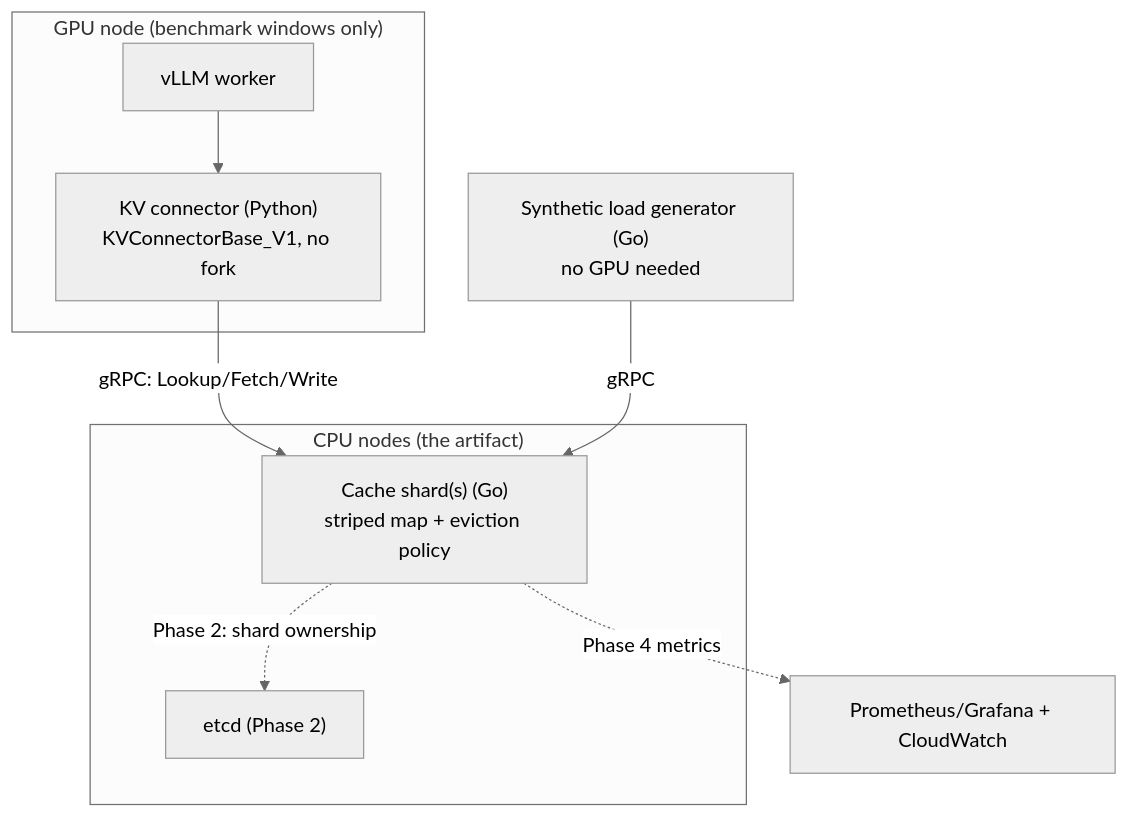
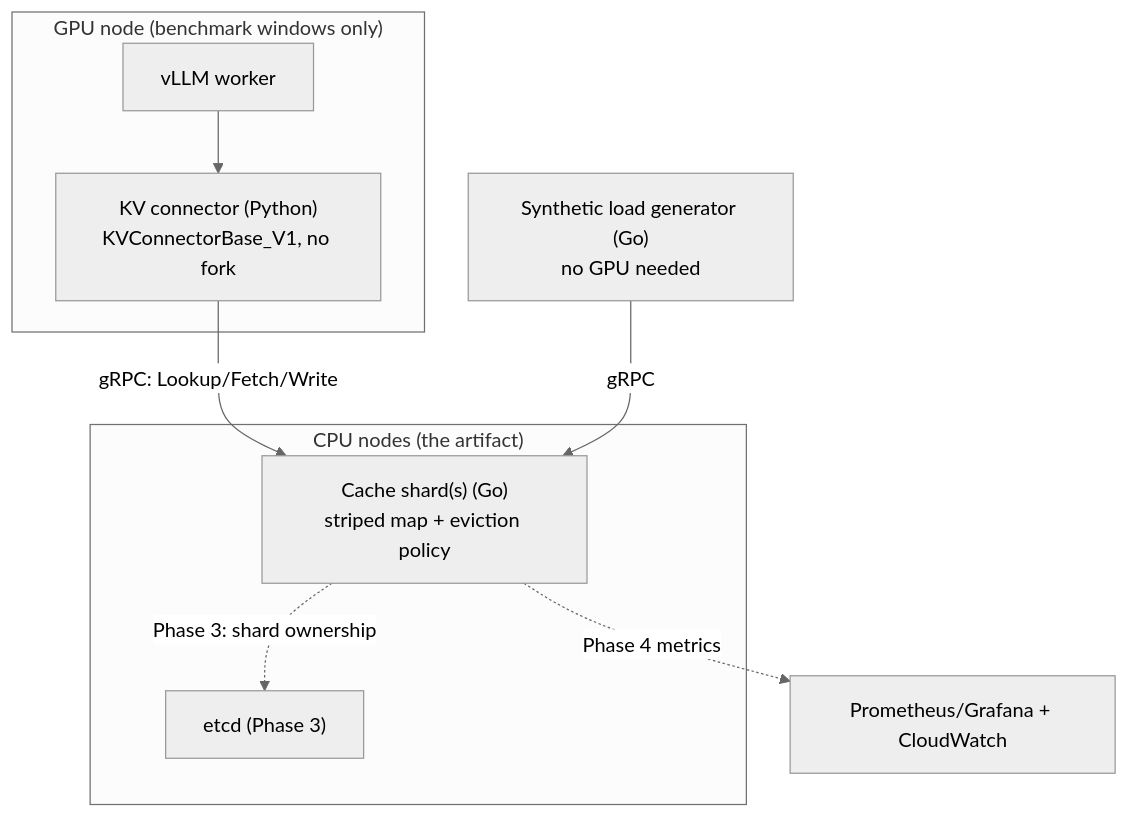
Before and after one commit to haochentSC/Distributed-KV-Cache-for-LLM-Inference: the first of 2 diagrams in docs/01-architecture.md, drawn with Mermaid (neutral theme). The commit also changed other lines of this file and 33 other files, not shown here.

````diff
--- a/docs/01-architecture.md
+++ b/docs/01-architecture.md
@@ -11,13 +11,13 @@
 ```mermaid
 flowchart TD
     subgraph GPU["GPU node (benchmark windows only)"]
         vllm["vLLM worker"] --> conn["KV connector (Python)<br/>KVConnectorBase_V1, no fork"]
     end
     conn -- "gRPC: Lookup/Fetch/Write" --> cache
     lg["Synthetic load generator (Go)<br/>no GPU needed"] -- "gRPC" --> cache
     subgraph CPU["CPU nodes (the artifact)"]
         cache["Cache shard(s) (Go)<br/>striped map + eviction policy"]
-        cache -. "Phase 2: shard ownership" .-> etcd["etcd (Phase 2)"]
+        cache -. "Phase 3: shard ownership" .-> etcd["etcd (Phase 3)"]
     end
     cache -. "Phase 4 metrics" .-> obs["Prometheus/Grafana + CloudWatch"]
 ```
````
